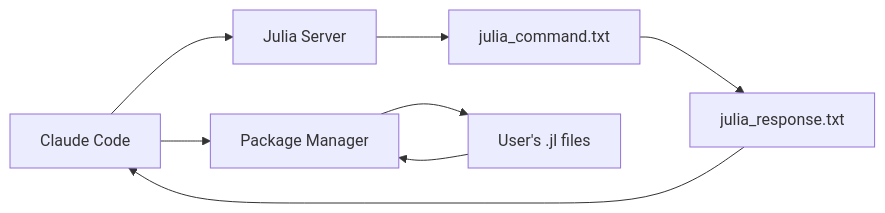
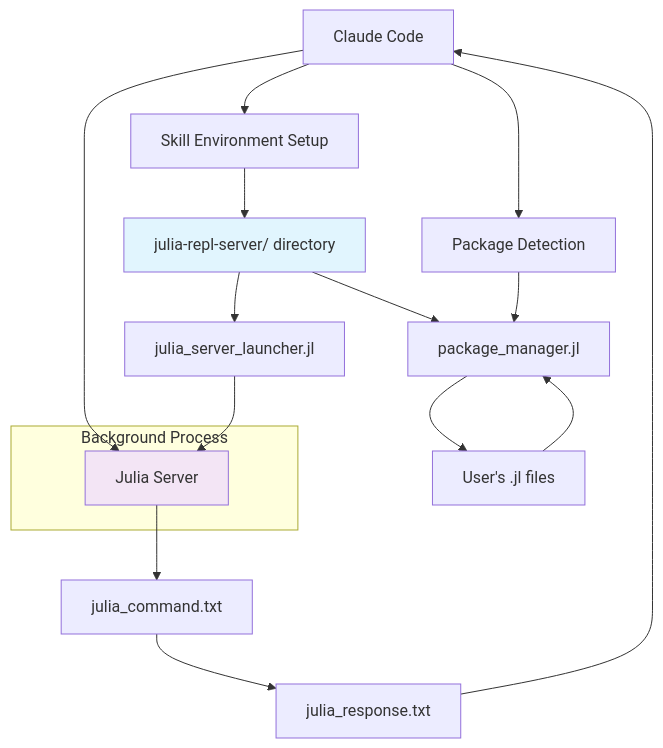
The diagram in SKILL.md (qute-lj/claude_skill_julia-repl-server), drawn with Mermaid before and after one commit. The commit also changed other lines of this file and 1 other file, not shown here.

First line of the commit message:
🔧 Fix architecture diagram and clarify background server setup

````diff
--- a/SKILL.md
+++ b/SKILL.md
@@ -14,10 +28,22 @@
 ```mermaid
-graph LR
-    A[Claude Code] --> B[Julia Server]
-    A --> C[Package Manager]
-    B --> D[julia_command.txt]
-    D --> E[julia_response.txt]
-    E --> A
-    C --> F[User's .jl files]
-    F --> C
+graph TD
+    A[Claude Code] --> B[Skill Environment Setup]
+    B --> C[julia-repl-server/ directory]
+    C --> D[julia_server_launcher.jl]
+    C --> E[package_manager.jl]
+    A --> F[Package Detection]
+    F --> E
+    E --> G[User's .jl files]
+    G --> E
+    A --> H[Julia Server]
+    H --> I[julia_command.txt]
+    I --> J[julia_response.txt]
+    J --> A
+    D --> H
+
+    style C fill:#e1f5fe
+    style H fill:#f3e5f5
+    subgraph "Background Process"
+        H
+    end
 ```
````
